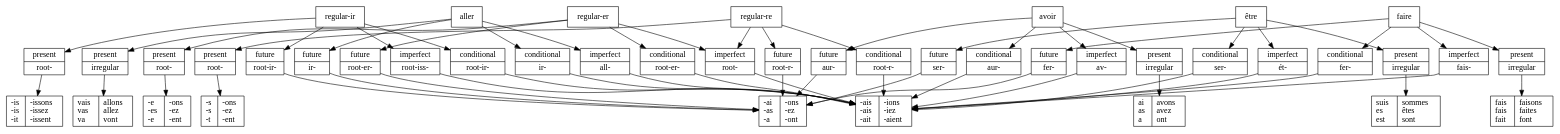
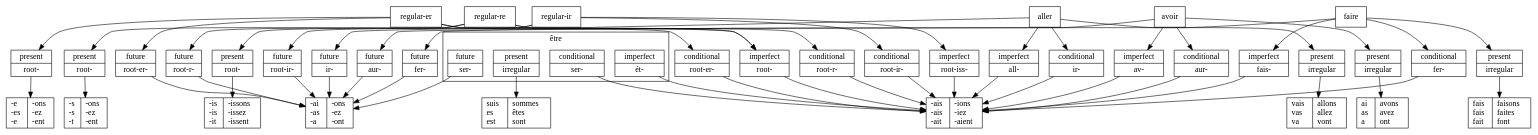
One commit to pgarner/french changed the diagram in verbs.dot. Above: the diagram before and after it, drawn with Graphviz.

Commit message:
Mess with être

```diff
--- a/verbs.dot
+++ b/verbs.dot
@@ -1,130 +1,133 @@
 #
 # French verb graph
 #
 # Key:
 #  R: regular
 #  ER: regular -er
 #  IR: regular -ir
 #  RE: regular -re
 #
 #  P: present
 #  F: future
 #  I: imperfect
 #  C: conditional
 #
 #  B: base
 #  C: conjugation
 #
 
 digraph verbs {
   node [shape=record];
 
   R_F_C  [label="{-ai\l-as\l-a\l}|{-ons\l-ez\l-ont\l}"];
   R_I_C  [label="{-ais\l-ais\l-ait\l}|{-ions\l-iez\l-aient\l}"];
 
   ER [label="regular-er"];
   ER_P_B [label="{present|root-}"]
   ER_P_C  [label="{-e\l-es\l-e\l}|{-ons\l-ez\l-ent\l}"];
    ER -> ER_P_B
    ER_P_B -> ER_P_C
   ER_F_B [label="{future|root-er-}"]
    ER -> ER_F_B
    ER_F_B -> R_F_C
   ER_I_B [label="{imperfect|root-}"]
    ER -> ER_I_B
    ER_I_B -> R_I_C
   ER_C_B [label="{conditional|root-er-}"]
    ER -> ER_C_B
    ER_C_B -> R_I_C
 
   IR [label="regular-ir"];
   IR_P_B [label="{present|root-}"]
   IR_P_C  [label="{-is\l-is\l-it\l}|{-issons\l-issez\l-issent\l}"];
    IR -> IR_P_B
    IR_P_B -> IR_P_C
   IR_F_B [label="{future|root-ir-}"]
    IR -> IR_F_B
    IR_F_B -> R_F_C
   IR_I_B [label="{imperfect|root-iss-}"]
    IR -> IR_I_B
    IR_I_B -> R_I_C
   IR_C_B [label="{conditional|root-ir-}"]
    IR -> IR_C_B
    IR_C_B -> R_I_C
 
   RE [label="regular-re"];
   RE_P_B [label="{present|root-}"]
   RE_P_C  [label="{-s\l-s\l-t\l}|{-ons\l-ez\l-ent\l}"];
    RE -> RE_P_B
    RE_P_B -> RE_P_C
   RE_F_B [label="{future|root-r-}"]
    RE -> RE_F_B
    RE_F_B -> R_F_C
 #  RE_I_B [label="{imperfect|root-}"]
 #   RE -> RE_I_B
 #   RE_I_B -> R_I_C
     RE -> ER_I_B
   RE_C_B [label="{conditional|root-r-}"]
    RE -> RE_C_B
    RE_C_B -> R_I_C
 
   aller [label="aller"]
   aller_P_B [label="{present|irregular}"]
   aller_P_C  [label="{vais\lvas\lva\l}|{allons\lallez\lvont\l}"];
    aller -> aller_P_B
    aller_P_B -> aller_P_C
   aller_F_B [label="{future|ir-}"]
    aller -> aller_F_B
    aller_F_B -> R_F_C
   aller_I_B [label="{imperfect|all-}"]
    aller -> aller_I_B
    aller_I_B -> R_I_C
   aller_C_B [label="{conditional|ir-}"]
    aller -> aller_C_B
    aller_C_B -> R_I_C
 
   avoir [label="avoir"]
   avoir_P_B [label="{present|irregular}"]
   avoir_P_C  [label="{ai\las\la\l}|{avons\lavez\lont\l}"];
    avoir -> avoir_P_B
    avoir_P_B -> avoir_P_C
   avoir_F_B [label="{future|aur-}"]
    avoir -> avoir_F_B
    avoir_F_B -> R_F_C
   avoir_I_B [label="{imperfect|av-}"]
    avoir -> avoir_I_B
    avoir_I_B -> R_I_C
   avoir_C_B [label="{conditional|aur-}"]
    avoir -> avoir_C_B
    avoir_C_B -> R_I_C
 
-  être [label="être"]
+  subgraph cluster_être {
+    label="être"
+#  être [label="être"]
   être_P_B [label="{present|irregular}"]
+  être_F_B [label="{future|ser-}"]
+  être_I_B [label="{imperfect|ét-}"]
+  être_C_B [label="{conditional|ser-}"]
+}
   être_P_C  [label="{suis\les\lest\l}|{sommes\lêtes\lsont\l}"];
-   être -> être_P_B
+#   être -> être_P_B
    être_P_B -> être_P_C
-  être_F_B [label="{future|ser-}"]
-   être -> être_F_B
+#   être -> être_F_B
    être_F_B -> R_F_C
-  être_I_B [label="{imperfect|ét-}"]
-   être -> être_I_B
+#   être -> être_I_B
    être_I_B -> R_I_C
-  être_C_B [label="{conditional|ser-}"]
-   être -> être_C_B
+#   être -> être_C_B
    être_C_B -> R_I_C
 
   faire [label="faire"]
   faire_P_B [label="{present|irregular}"]
   faire_P_C  [label="{fais\lfais\lfait\l}|{faisons\lfaites\lfont\l}"];
    faire -> faire_P_B
    faire_P_B -> faire_P_C
   faire_F_B [label="{future|fer-}"]
    faire -> faire_F_B
    faire_F_B -> R_F_C
   faire_I_B [label="{imperfect|fais-}"]
    faire -> faire_I_B
    faire_I_B -> R_I_C
   faire_C_B [label="{conditional|fer-}"]
    faire -> faire_C_B
    faire_C_B -> R_I_C
 }
```
